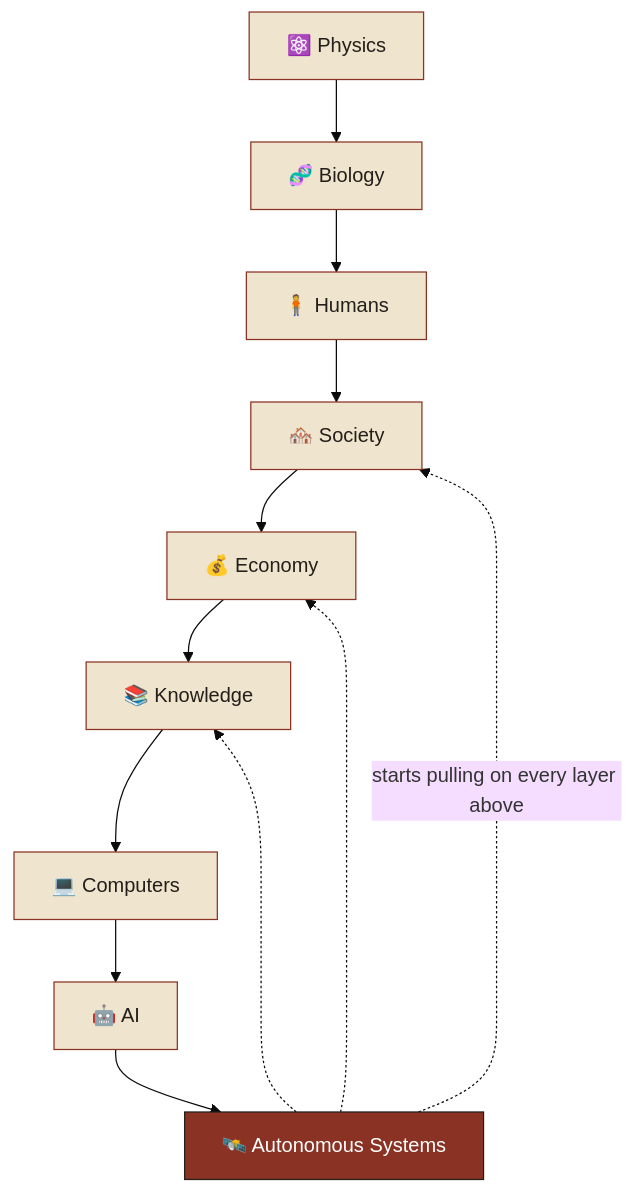
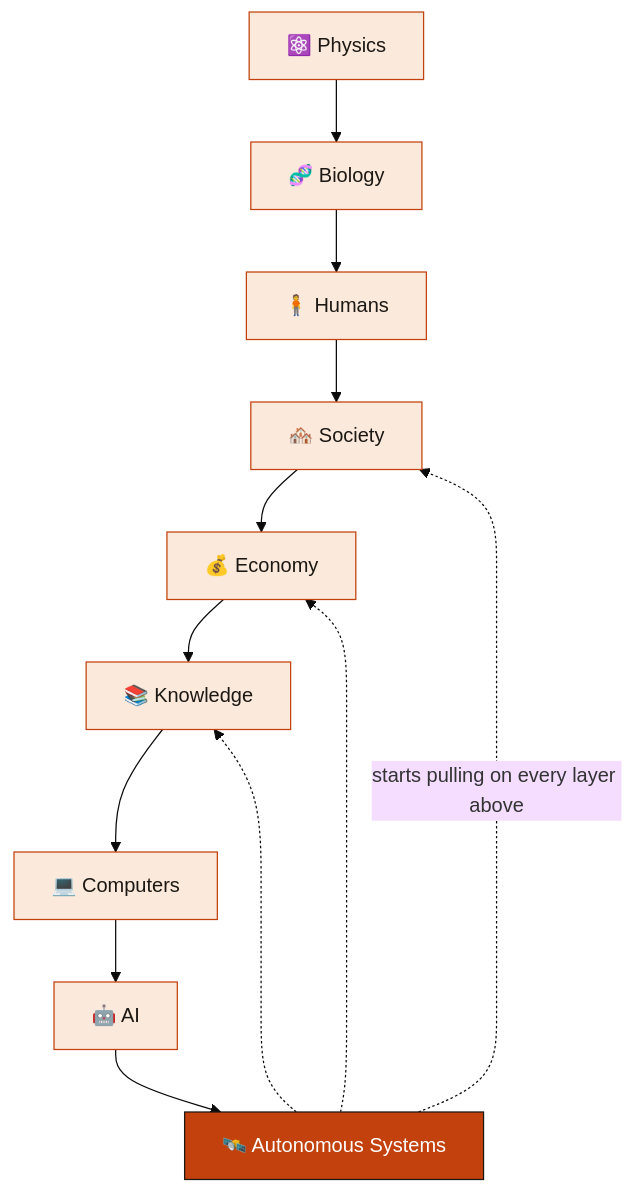
One commit to kader-xai/kader-xai.github.io changed the third of 4 diagrams in blog/2026-05-16-quest-for-agi/index.qmd. Above: the diagram before and after it, drawn with Mermaid (base theme). The commit also changed other lines of this file and 44 other files, not shown here.

````diff
--- a/blog/2026-05-16-quest-for-agi/index.qmd
+++ b/blog/2026-05-16-quest-for-agi/index.qmd
@@ -197,20 +197,20 @@
 ```{mermaid}
 flowchart TD
     P["⚛️ Physics"]:::stack
     B["🧬 Biology"]:::stack
     HU["🧍 Humans"]:::stack
     S["🏘️ Society"]:::stack
     E["💰 Economy"]:::stack
     K["📚 Knowledge"]:::stack
     C["💻 Computers"]:::stack
     AI["🤖 AI"]:::stack
     AU["🛰️ Autonomous Systems"]:::final
 
     P --> B --> HU --> S --> E --> K --> C --> AI --> AU
     AU -. "starts pulling on every layer above" .-> S
     AU -. " " .-> K
     AU -. " " .-> E
 
-    classDef stack fill:#efe4cd,stroke:#8a3324,color:#241f1a;
-    classDef final fill:#8a3324,stroke:#241f1a,color:#ffffff;
+    classDef stack fill:#fbeadc,stroke:#c2410c,color:#1c1814;
+    classDef final fill:#c2410c,stroke:#1c1814,color:#ffffff;
 ```
````
